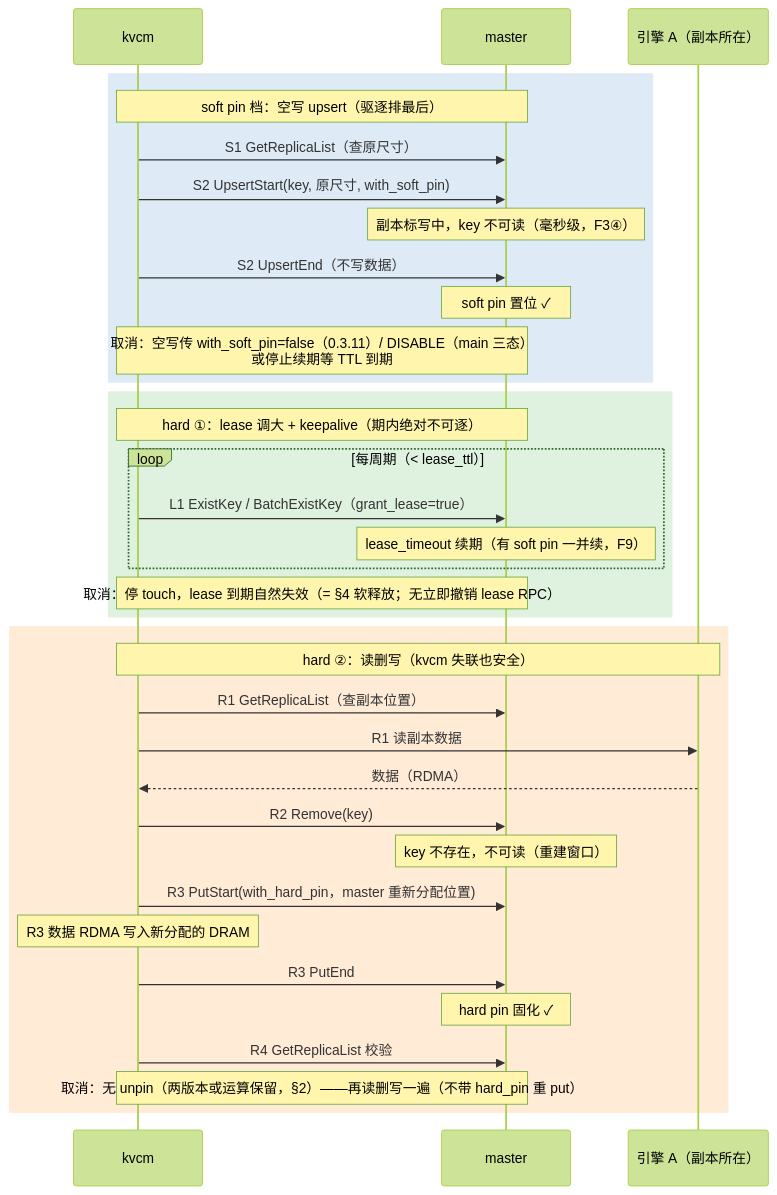
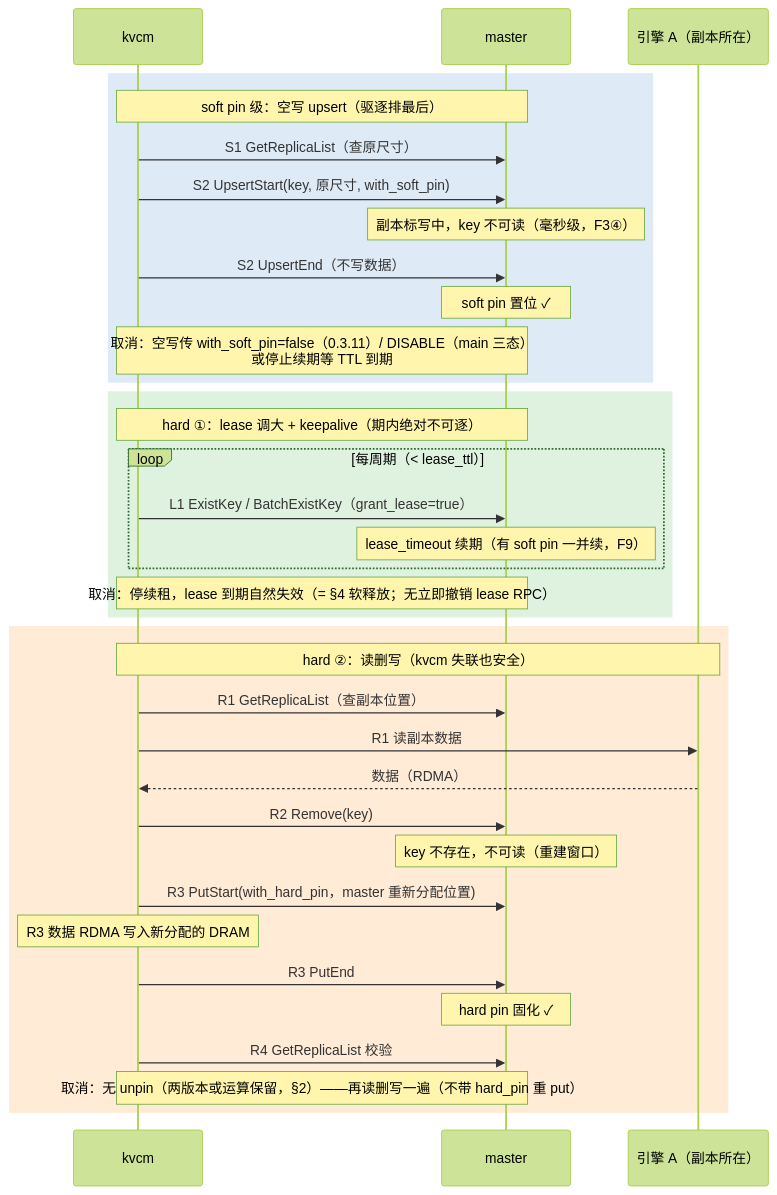
One commit to 5x8-40/lake changed the fifth of 10 diagrams in kvcm/D2-kv-operations.md. Above: the diagram before and after it, drawn with Mermaid (forest theme). The commit also changed other lines of this file and 4 other files, not shown here.

````diff
--- a/kvcm/D2-kv-operations.md
+++ b/kvcm/D2-kv-operations.md
@@ -443,40 +454,40 @@
 ```mermaid
 sequenceDiagram
     participant K as kvcm
     participant M as master
     participant A as 引擎 A（副本所在）
 
     rect rgb(222, 235, 247)
-    Note over K,M: soft pin 档：空写 upsert（驱逐排最后）
+    Note over K,M: soft pin 级：空写 upsert（驱逐排最后）
     K->>M: S1 GetReplicaList（查原尺寸）
     K->>M: S2 UpsertStart(key, 原尺寸, with_soft_pin)
     Note over M: 副本标写中，key 不可读（毫秒级，F3④）
     K->>M: S2 UpsertEnd（不写数据）
     Note over M: soft pin 置位 ✓
     Note over K,M: 取消：空写传 with_soft_pin=false（0.3.11）/ DISABLE（main 三态）<br/>或停止续期等 TTL 到期
     end
 
     rect rgb(223, 242, 223)
     Note over K,M: hard ①：lease 调大 + keepalive（期内绝对不可逐）
     loop 每周期（< lease_ttl）
         K->>M: L1 ExistKey / BatchExistKey（grant_lease=true）
         Note over M: lease_timeout 续期（有 soft pin 一并续，F9）
     end
-    Note over K,M: 取消：停 touch，lease 到期自然失效（= §4 软释放；无立即撤销 lease RPC）
+    Note over K,M: 取消：停续租，lease 到期自然失效（= §4 软释放；无立即撤销 lease RPC）
     end
 
     rect rgb(255, 235, 214)
     Note over K,A: hard ②：读删写（kvcm 失联也安全）
     K->>M: R1 GetReplicaList（查副本位置）
     K->>A: R1 读副本数据
     A-->>K: 数据（RDMA）
     K->>M: R2 Remove(key)
     Note over M: key 不存在，不可读（重建窗口）
     K->>M: R3 PutStart(with_hard_pin，master 重新分配位置)
     Note over K: R3 数据 RDMA 写入新分配的 DRAM
     K->>M: R3 PutEnd
     Note over M: hard pin 固化 ✓
     K->>M: R4 GetReplicaList 校验
     Note over K,M: 取消：无 unpin（两版本或运算保留，§2）——再读删写一遍（不带 hard_pin 重 put）
     end
 ```
````
